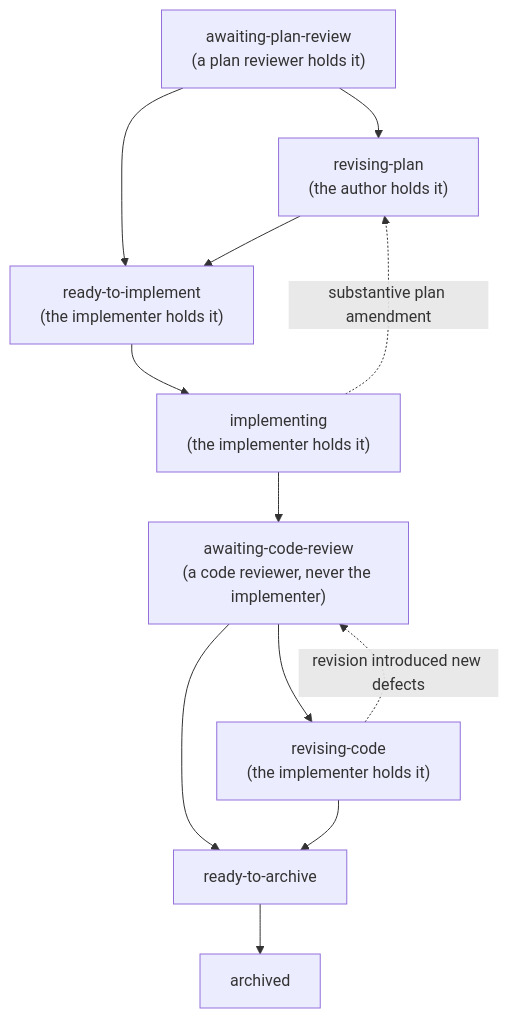
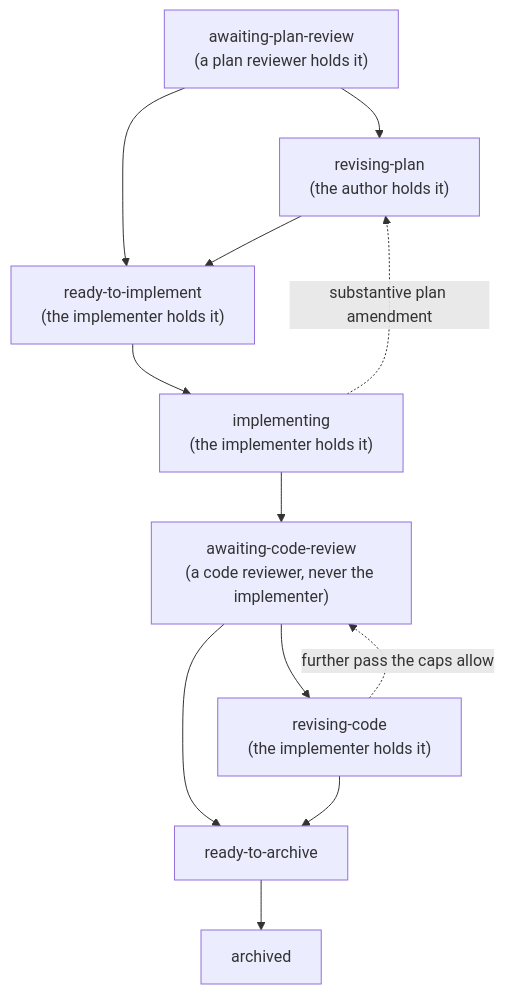
One commit to MSUHydrogeology/cairn changed the diagram in docs/methodology/plans.md. Above: the diagram before and after it, drawn with Mermaid. The commit also changed other lines of this file and 3 other files, not shown here.

````diff
--- a/docs/methodology/plans.md
+++ b/docs/methodology/plans.md
@@ -24,14 +24,14 @@
 ```mermaid
 flowchart TD
     APR["awaiting-plan-review<br/>(a plan reviewer holds it)"] --> RVP["revising-plan<br/>(the author holds it)"]
     APR --> RTI["ready-to-implement<br/>(the implementer holds it)"]
     RVP --> RTI
     RTI --> IMP["implementing<br/>(the implementer holds it)"]
     IMP --> ACR["awaiting-code-review<br/>(a code reviewer, never the implementer)"]
     IMP -. substantive plan amendment .-> RVP
     ACR --> RVC["revising-code<br/>(the implementer holds it)"]
     ACR --> RTA["ready-to-archive"]
     RVC --> RTA
-    RVC -. revision introduced new defects .-> ACR
+    RVC -. further pass the caps allow .-> ACR
     RTA --> ARC["archived"]
 ```
````
